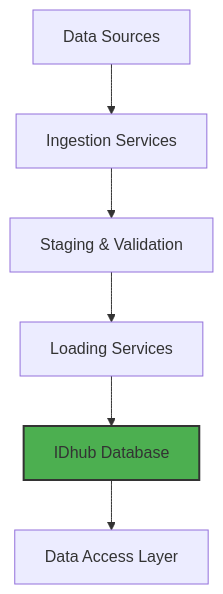
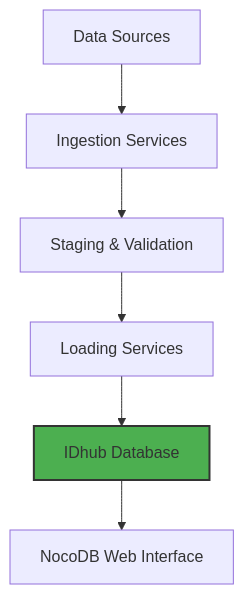
One commit to ibdgc/idhub changed the diagram in docs/system-architecture.md. Above: the diagram before and after it, drawn with Mermaid. The commit also changed 9 other files, not shown here.

````diff
--- a/docs/system-architecture.md
+++ b/docs/system-architecture.md
@@ -5,10 +5,10 @@
 ```mermaid
 graph TD
     A[Data Sources] --> B[Ingestion Services];
     B --> C[Staging & Validation];
     C --> D[Loading Services];
     D --> E[IDhub Database];
-    E --> F[Data Access Layer];
+    E --> F[NocoDB Web Interface];
 
     style E fill:#4CAF50,stroke:#333,stroke-width:2px
 ```
````
